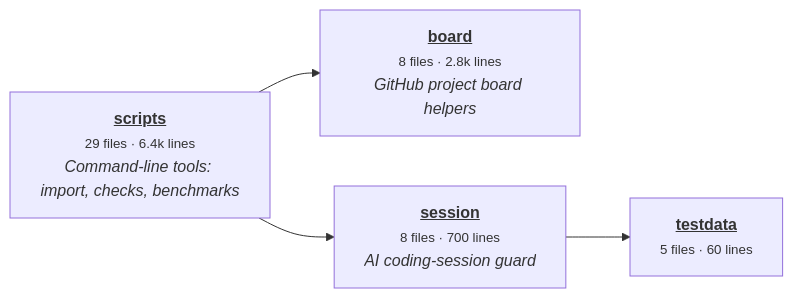
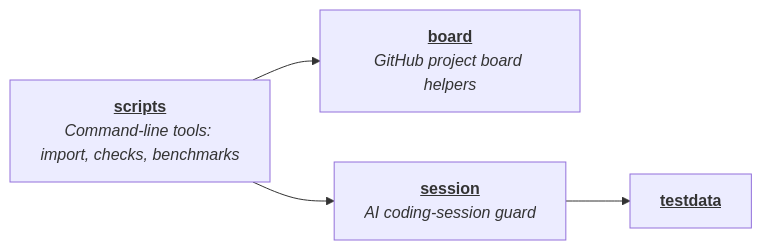
Before and after one commit to JumpLikeFLEA/colloquiz: the fifth of 6 diagrams in README.md, drawn with Mermaid. The commit also changed other lines of this file, not shown here.

````diff
--- a/README.md
+++ b/README.md
@@ -206,10 +206,10 @@
 ```mermaid
 flowchart LR
-  n0["<b><a href='https://github.com/JumpLikeFLEA/colloquiz/tree/main/scripts' style='color:inherit'>scripts</a></b><br/><small>29 files · 6.4k lines</small><br/><i>Command-line tools: import, checks, benchmarks</i>"]
-  n1["<b><a href='https://github.com/JumpLikeFLEA/colloquiz/tree/main/scripts/board' style='color:inherit'>board</a></b><br/><small>8 files · 2.8k lines</small><br/><i>GitHub project board helpers</i>"]
-  n2["<b><a href='https://github.com/JumpLikeFLEA/colloquiz/tree/main/scripts/session' style='color:inherit'>session</a></b><br/><small>8 files · 700 lines</small><br/><i>AI coding-session guard</i>"]
-  n3["<b><a href='https://github.com/JumpLikeFLEA/colloquiz/tree/main/scripts/session/testdata' style='color:inherit'>testdata</a></b><br/><small>5 files · 60 lines</small>"]
+  n0["<b><a href='https://github.com/JumpLikeFLEA/colloquiz/tree/main/scripts' style='color:inherit'>scripts</a></b><br/><i>Command-line tools: import, checks, benchmarks</i>"]
+  n1["<b><a href='https://github.com/JumpLikeFLEA/colloquiz/tree/main/scripts/board' style='color:inherit'>board</a></b><br/><i>GitHub project board helpers</i>"]
+  n2["<b><a href='https://github.com/JumpLikeFLEA/colloquiz/tree/main/scripts/session' style='color:inherit'>session</a></b><br/><i>AI coding-session guard</i>"]
+  n3["<b><a href='https://github.com/JumpLikeFLEA/colloquiz/tree/main/scripts/session/testdata' style='color:inherit'>testdata</a></b>"]
   n0 --> n1
   n0 --> n2
   n2 --> n3
 ```
````
